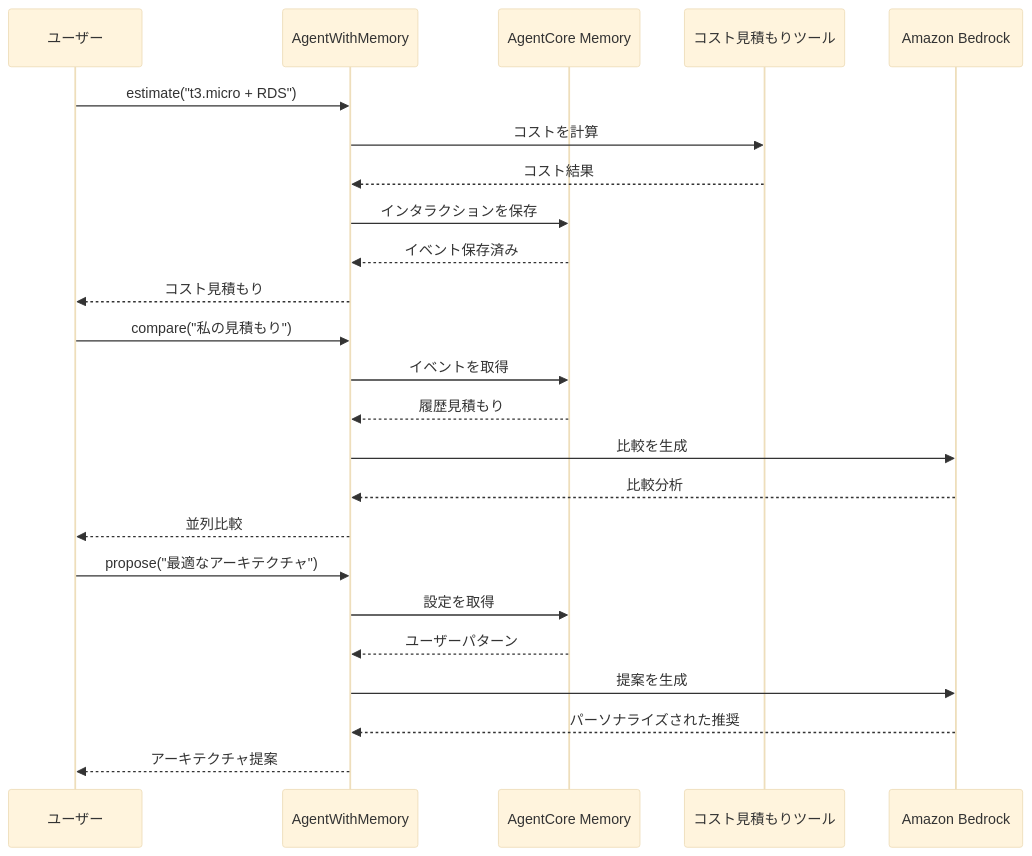
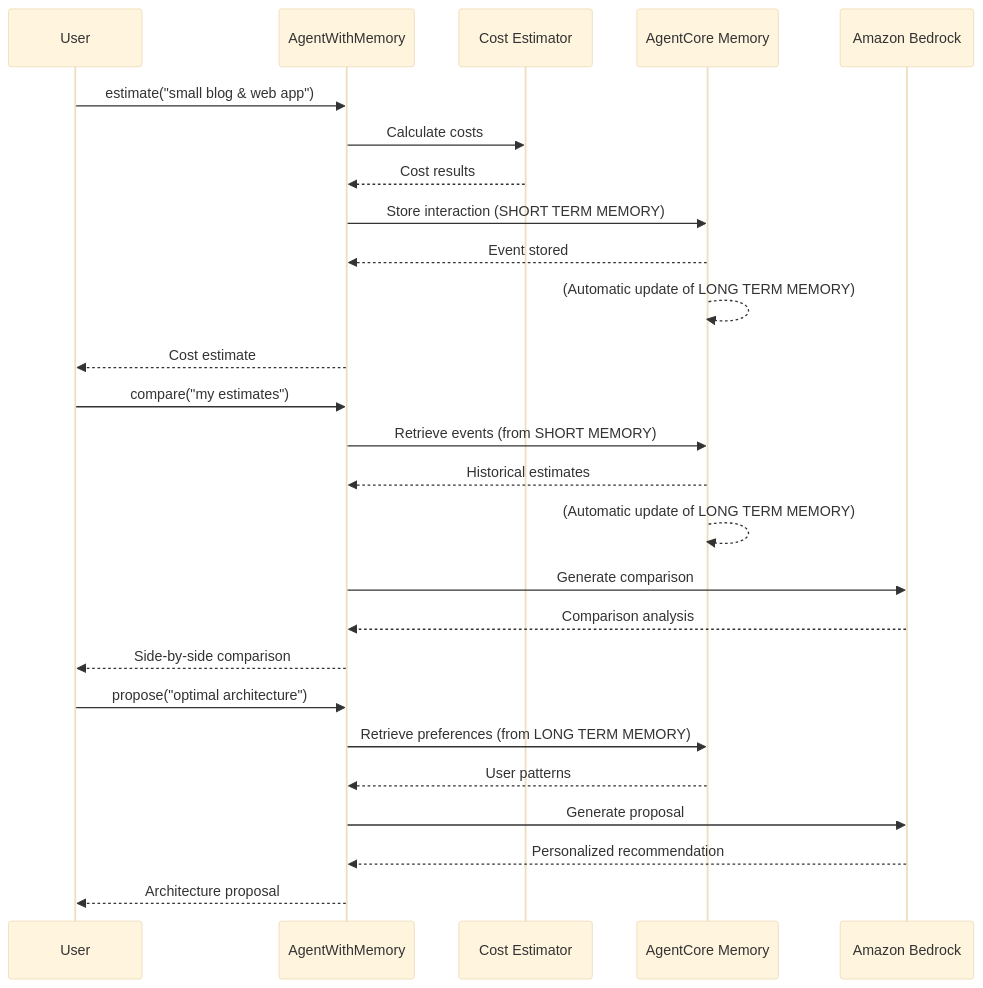
One commit to k-taiga/sample-amazon-bedrock-agentcore-onboarding changed the diagram in 06_memory/README_ja.md. Above: the diagram before and after it, drawn with Mermaid (base theme). The commit also changed 4 other files, not shown here.

Commit message:
Fix diagram of lab5 and lab6

````diff
--- a/06_memory/README_ja.md
+++ b/06_memory/README_ja.md
@@ -9,29 +9,31 @@
 ```mermaid
 sequenceDiagram
-    participant User as ユーザー
+    participant User as User
     participant Agent as AgentWithMemory
+    participant Estimator as Cost Estimator
     participant Memory as AgentCore Memory
-    participant Estimator as コスト見積もりツール
     participant Bedrock as Amazon Bedrock
 
-    User->>Agent: estimate("t3.micro + RDS")
-    Agent->>Estimator: コストを計算
-    Estimator-->>Agent: コスト結果
-    Agent->>Memory: インタラクションを保存
-    Memory-->>Agent: イベント保存済み
-    Agent-->>User: コスト見積もり
+    User->>Agent: estimate("small blog & web app")
+    Agent->>Estimator: Calculate costs
+    Estimator-->>Agent: Cost results
+    Agent->>Memory: Store interaction (SHORT TERM MEMORY)
+    Memory-->>Agent: Event stored
+    Memory-->>Memory: (Automatic update of LONG TERM MEMORY)
+    Agent-->>User: Cost estimate
 
-    User->>Agent: compare("私の見積もり")
-    Agent->>Memory: イベントを取得
-    Memory-->>Agent: 履歴見積もり
-    Agent->>Bedrock: 比較を生成
-    Bedrock-->>Agent: 比較分析
-    Agent-->>User: 並列比較
+    User->>Agent: compare("my estimates")
+    Agent->>Memory: Retrieve events (from SHORT MEMORY)
+    Memory-->>Agent: Historical estimates
+    Memory-->>Memory: (Automatic update of LONG TERM MEMORY)
+    Agent->>Bedrock: Generate comparison
+    Bedrock-->>Agent: Comparison analysis
+    Agent-->>User: Side-by-side comparison
 
-    User->>Agent: propose("最適なアーキテクチャ")
-    Agent->>Memory: 設定を取得
-    Memory-->>Agent: ユーザーパターン
-    Agent->>Bedrock: 提案を生成
-    Bedrock-->>Agent: パーソナライズされた推奨
-    Agent-->>User: アーキテクチャ提案
+    User->>Agent: propose("optimal architecture")
+    Agent->>Memory: Retrieve preferences (from LONG TERM MEMORY)
+    Memory-->>Agent: User patterns
+    Agent->>Bedrock: Generate proposal
+    Bedrock-->>Agent: Personalized recommendation
+    Agent-->>User: Architecture proposal
 ```
````
